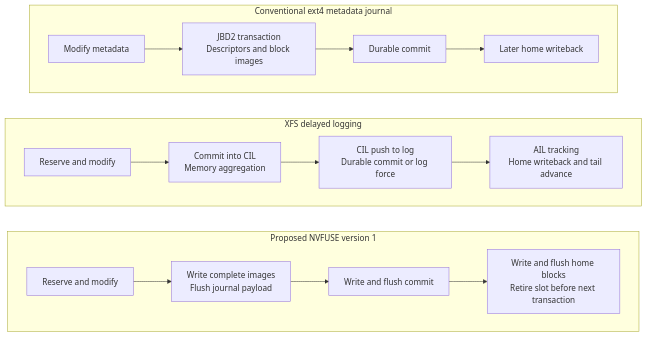
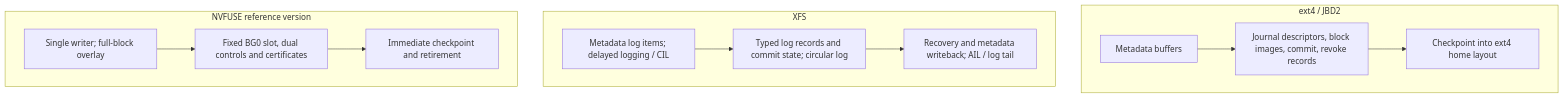
Before and after one commit to nvfuse/nvfuse: the sixth of 6 diagrams in docs/metadata-journaling-design.md, drawn with Mermaid. The commit also changed other lines of this file and 32 other files, not shown here.

````diff
--- a/docs/metadata-journaling-design.md
+++ b/docs/metadata-journaling-design.md
@@ -329,17 +143,15 @@
 ```mermaid
 flowchart TB
-    subgraph ext["Conventional ext4 metadata journal"]
+    subgraph EXT["ext4 / JBD2"]
         direction LR
-        E1["Modify metadata"] --> E2["JBD2 transaction<br/>Descriptors and block images"] --> E3["Durable commit"] --> E4["Later home writeback"]
+        E1["Metadata buffers"] --> E2["Journal descriptors, block images, commit, revoke records"] --> E3["Checkpoint into ext4 home layout"]
     end
-    subgraph xfs["XFS delayed logging"]
+    subgraph XFS["XFS"]
         direction LR
-        X1["Reserve and modify"] --> X2["Commit into CIL<br/>Memory aggregation"] --> X3["CIL push to log<br/>Durable commit or log force"] --> X4["AIL tracking<br/>Home writeback and tail advance"]
+        X1["Metadata log items; delayed logging / CIL"] --> X2["Typed log records and commit state; circular log"] --> X3["Recovery and metadata writeback; AIL / log tail"]
     end
-    subgraph nv["Proposed NVFUSE version 1"]
+    subgraph NV["NVFUSE reference version"]
         direction LR
-        N1["Reserve and modify"] --> N2["Write complete images<br/>Flush journal payload"] --> N3["Write and flush commit"] --> N4["Write and flush home blocks<br/>Retire slot before next transaction"]
+        N1["Single writer; full-block overlay"] --> N2["Fixed BG0 slot, dual controls and certificates"] --> N3["Immediate checkpoint and retirement"]
     end
-    ext ~~~ xfs
-    xfs ~~~ nv
 ```
````
